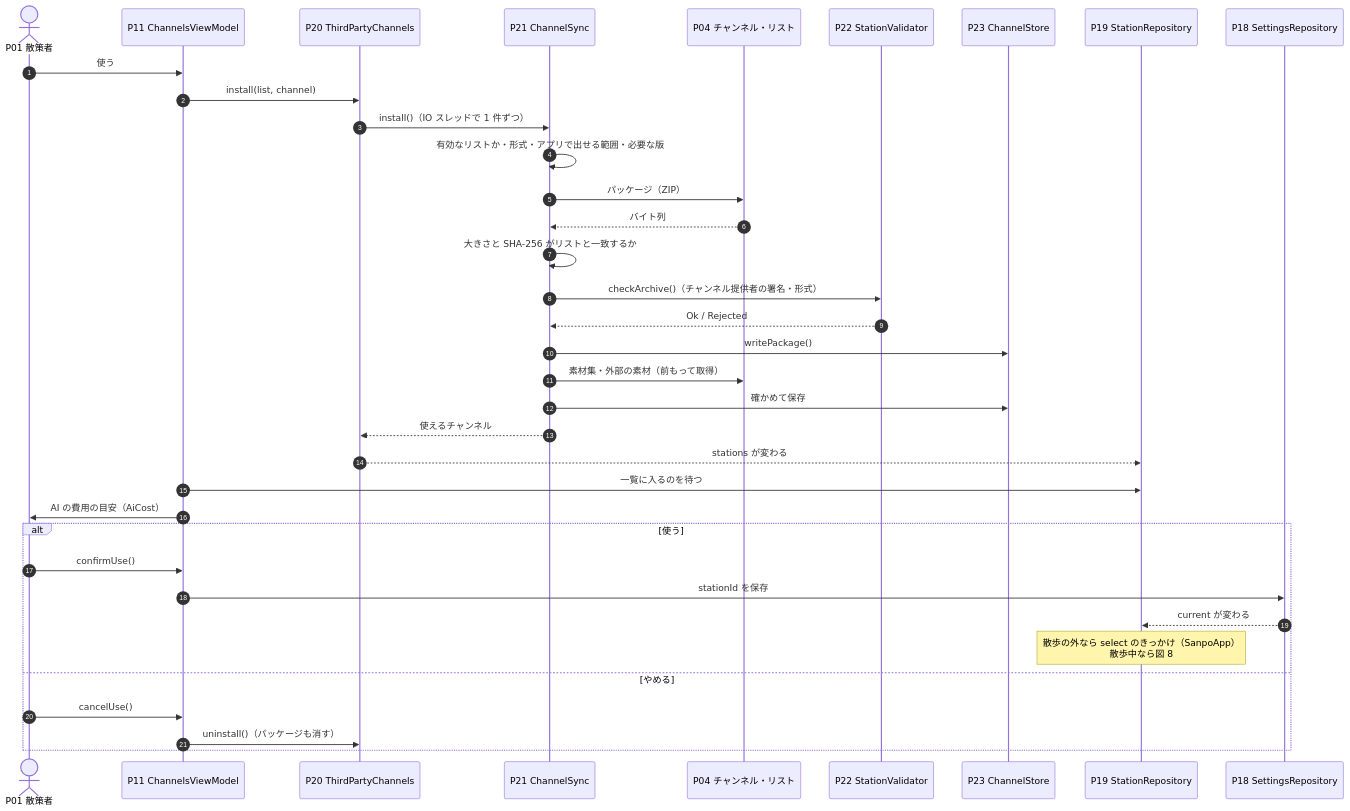
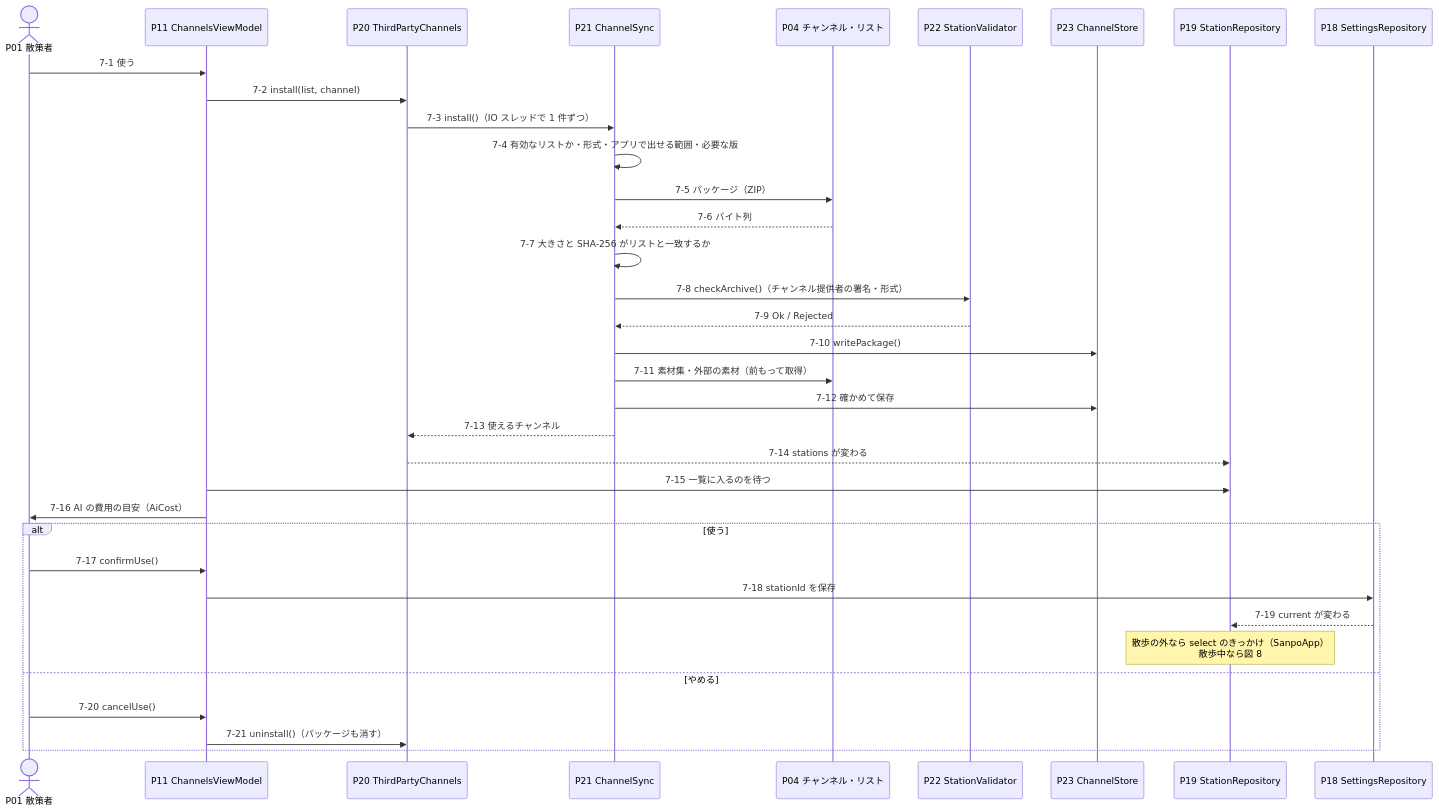
Before and after one commit to duwenji/yorisoi-sanpoguide: the seventh of 9 diagrams in docs/sequences.md, drawn with Mermaid. The commit also changed other lines of this file, not shown here.

First line of the commit message:
docs: write the step numbers into the sequence diagrams

````diff
--- a/docs/sequences.md
+++ b/docs/sequences.md
@@ -473,39 +467,38 @@
 ```mermaid
 sequenceDiagram
-  autonumber
   actor W as P01 散策者
   participant VM as P11 ChannelsViewModel
   participant TP as P20 ThirdPartyChannels
   participant Sync as P21 ChannelSync
   participant Prov as P04 チャンネル・リスト
   participant Val as P22 StationValidator
   participant Store as P23 ChannelStore
   participant Repo as P19 StationRepository
   participant Set as P18 SettingsRepository
 
-  W->>VM: 使う
-  VM->>TP: install(list, channel)
-  TP->>Sync: install()（IO スレッドで 1 件ずつ）
-  Sync->>Sync: 有効なリストか・形式・アプリで出せる範囲・必要な版
-  Sync->>Prov: パッケージ（ZIP）
-  Prov-->>Sync: バイト列
-  Sync->>Sync: 大きさと SHA-256 がリストと一致するか
-  Sync->>Val: checkArchive()（チャンネル提供者の署名・形式）
-  Val-->>Sync: Ok / Rejected
-  Sync->>Store: writePackage()
-  Sync->>Prov: 素材集・外部の素材（前もって取得）
-  Sync->>Store: 確かめて保存
-  Sync-->>TP: 使えるチャンネル
-  TP-->>Repo: stations が変わる
-  VM->>Repo: 一覧に入るのを待つ
-  VM->>W: AI の費用の目安（AiCost）
+  W->>VM: 7-1 使う
+  VM->>TP: 7-2 install(list, channel)
+  TP->>Sync: 7-3 install()（IO スレッドで 1 件ずつ）
+  Sync->>Sync: 7-4 有効なリストか・形式・アプリで出せる範囲・必要な版
+  Sync->>Prov: 7-5 パッケージ（ZIP）
+  Prov-->>Sync: 7-6 バイト列
+  Sync->>Sync: 7-7 大きさと SHA-256 がリストと一致するか
+  Sync->>Val: 7-8 checkArchive()（チャンネル提供者の署名・形式）
+  Val-->>Sync: 7-9 Ok / Rejected
+  Sync->>Store: 7-10 writePackage()
+  Sync->>Prov: 7-11 素材集・外部の素材（前もって取得）
+  Sync->>Store: 7-12 確かめて保存
+  Sync-->>TP: 7-13 使えるチャンネル
+  TP-->>Repo: 7-14 stations が変わる
+  VM->>Repo: 7-15 一覧に入るのを待つ
+  VM->>W: 7-16 AI の費用の目安（AiCost）
   alt 使う
-    W->>VM: confirmUse()
-    VM->>Set: stationId を保存
-    Set-->>Repo: current が変わる
+    W->>VM: 7-17 confirmUse()
+    VM->>Set: 7-18 stationId を保存
+    Set-->>Repo: 7-19 current が変わる
     Note over Repo: 散歩の外なら select のきっかけ（SanpoApp）<br/>散歩中なら図 8
   else やめる
-    W->>VM: cancelUse()
-    VM->>TP: uninstall()（パッケージも消す）
+    W->>VM: 7-20 cancelUse()
+    VM->>TP: 7-21 uninstall()（パッケージも消す）
   end
 ```
````
